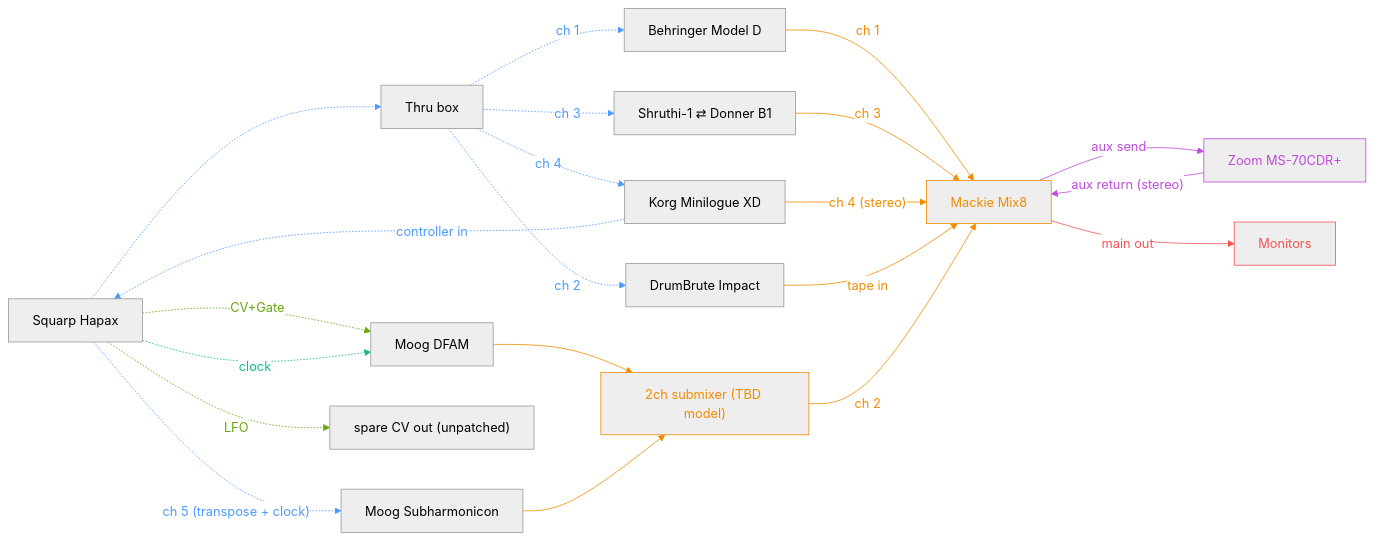
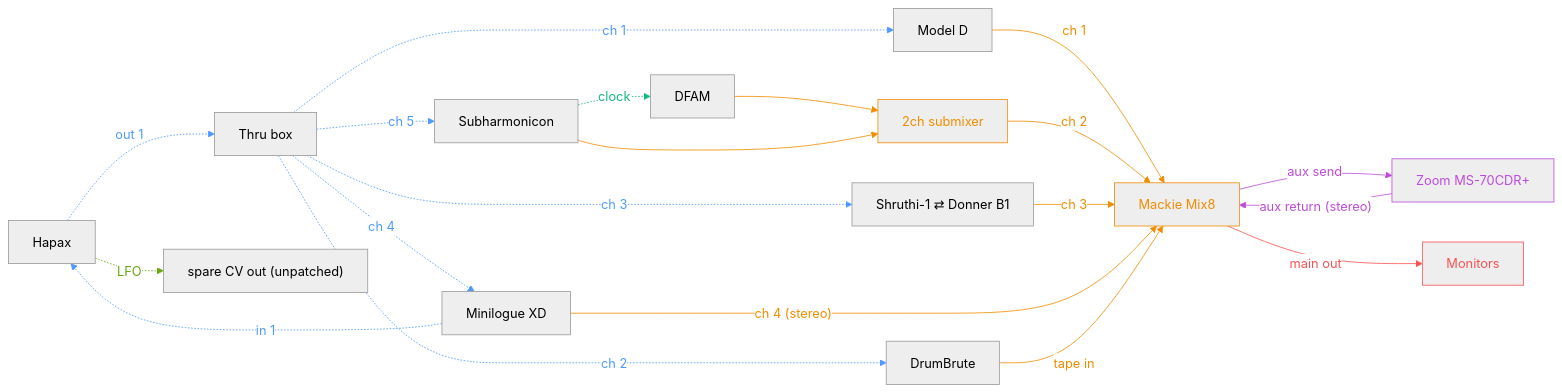
The diagram in README.md (saponace/synth-setup), drawn with Mermaid before and after one commit. The commit also changed other lines of this file, not shown here.

````diff
--- a/README.md
+++ b/README.md
@@ -1,69 +1,68 @@
 ```mermaid
 ---
 config:
   theme: neutral
 ---
 flowchart LR
     %% ----- One color per connection group -----
     classDef midi stroke:#4c9aff,color:#4c9aff
     classDef clock stroke:#12b886,color:#12b886
     classDef cv stroke:#66a80f,color:#66a80f
     classDef mixer stroke:#f08c00,color:#f08c00
     classDef fx stroke:#be4bdb,color:#be4bdb
     classDef monitoring stroke:#fa5252,color:#fa5252
 
     %% ===== Sequencer brain =====
-    HAPAX["Squarp Hapax"]
+    HAPAX["Hapax"]
     SPLIT["Thru box"]
 
     %% ===== Synths =====
-    MODELD["Behringer Model D"]
+    MODELD["Model D"]
     SWAP["Shruthi-1 ⇄ Donner B1"]
-    XD["Korg Minilogue XD"]
-    DBI["DrumBrute Impact"]
-    DFAM["Moog DFAM"]
-    SUBH["Moog Subharmonicon"]
+    XD["Minilogue XD"]
+    DBI["DrumBrute"]
+    DFAM["DFAM"]
+    SUBH["Subharmonicon"]
     SPARECV["spare CV out (unpatched)"]
 
     %% ===== Mixer / send  =====
-    SUBMIX["2ch submixer (TBD model)"]:::mixer
+    SUBMIX["2ch submixer"]:::mixer
     MIX["Mackie Mix8"]:::mixer
     ZOOM["Zoom MS-70CDR+"]:::fx
     MON["Monitors"]:::monitoring
 
     %% ----- MIDI links -----
-    HAPAX midi0@-.-> SPLIT
+    HAPAX midi0@-. "out 1" .-> SPLIT
     SPLIT midi1@-. "ch 1" .-> MODELD
     SPLIT midi2@-. "ch 2" .-> DBI
     SPLIT midi3@-. "ch 3" .-> SWAP
     SPLIT midi4@-. "ch 4" .-> XD
-    XD midi5@-. "controller in" .-> HAPAX
-    HAPAX midi6@-. "ch 5 (transpose + clock)" .-> SUBH
+    SPLIT midi5@-. "ch 5" .-> SUBH
+    XD midi6@-. "in 1" .-> HAPAX
     class midi0,midi1,midi2,midi3,midi4,midi5,midi6 midi
 
     %% ----- CV links (pitch/mod) -----
-    HAPAX cv1@-. "CV+Gate" .-> DFAM
-    HAPAX cv3@-. "LFO" .-> SPARECV
-    class cv1,cv3 cv
+    HAPAX cv1@-. "LFO" .-> SPARECV
+    class cv1 cv
 
     %% ----- Clock links -----
-    HAPAX clk1@-. "clock" .-> DFAM
+    SUBH clk1@-. "clock" .-> DFAM
     class clk1 clock
 
     %% ----- Audio links -----
-    MODELD audio1@-- "ch 1" --> MIX
-    SWAP audio2@-- "ch 3" --> MIX
-    XD audio3@-- "ch 4 (stereo)" --> MIX
-    DBI audio4@-- "tape in" --> MIX
-    DFAM audio5@--> SUBMIX
-    SUBH audio6@--> SUBMIX
-    SUBMIX audio7@-- "ch 2" --> MIX
+    DFAM audio1@--> SUBMIX
+    SUBH audio2@--> SUBMIX
+    MODELD audio3@-- "ch 1" --> MIX
+    SUBMIX audio4@-- "ch 2" --> MIX
+    SWAP audio5@-- "ch 3" --> MIX
+    XD audio6@-- "ch 4 (stereo)" --> MIX
+    DBI audio7@-- "tape in" --> MIX
     class audio1,audio2,audio3,audio4,audio5,audio6,audio7 mixer
 
     MIX fxSend@-- "aux send" --> ZOOM
     ZOOM fxReturn@-- "aux return (stereo)" --> MIX
     class fxSend,fxReturn fx
 
     MIX out@-- "main out" --> MON
     class out monitoring
 ```
````
